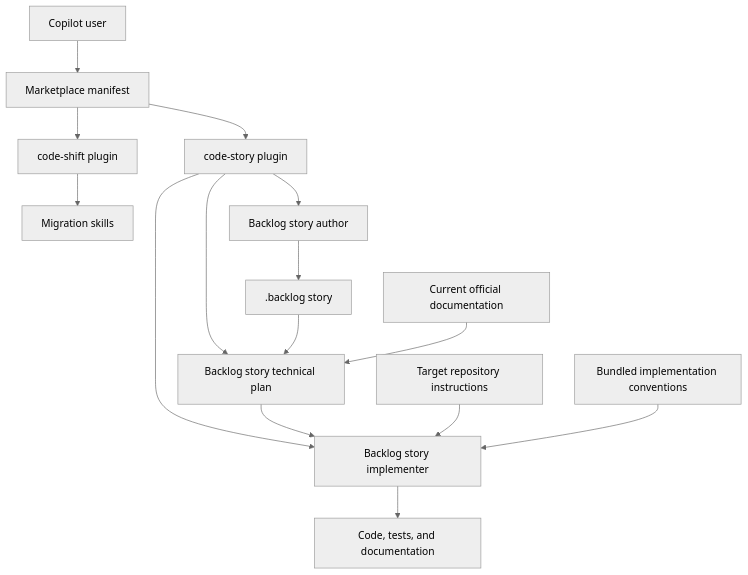
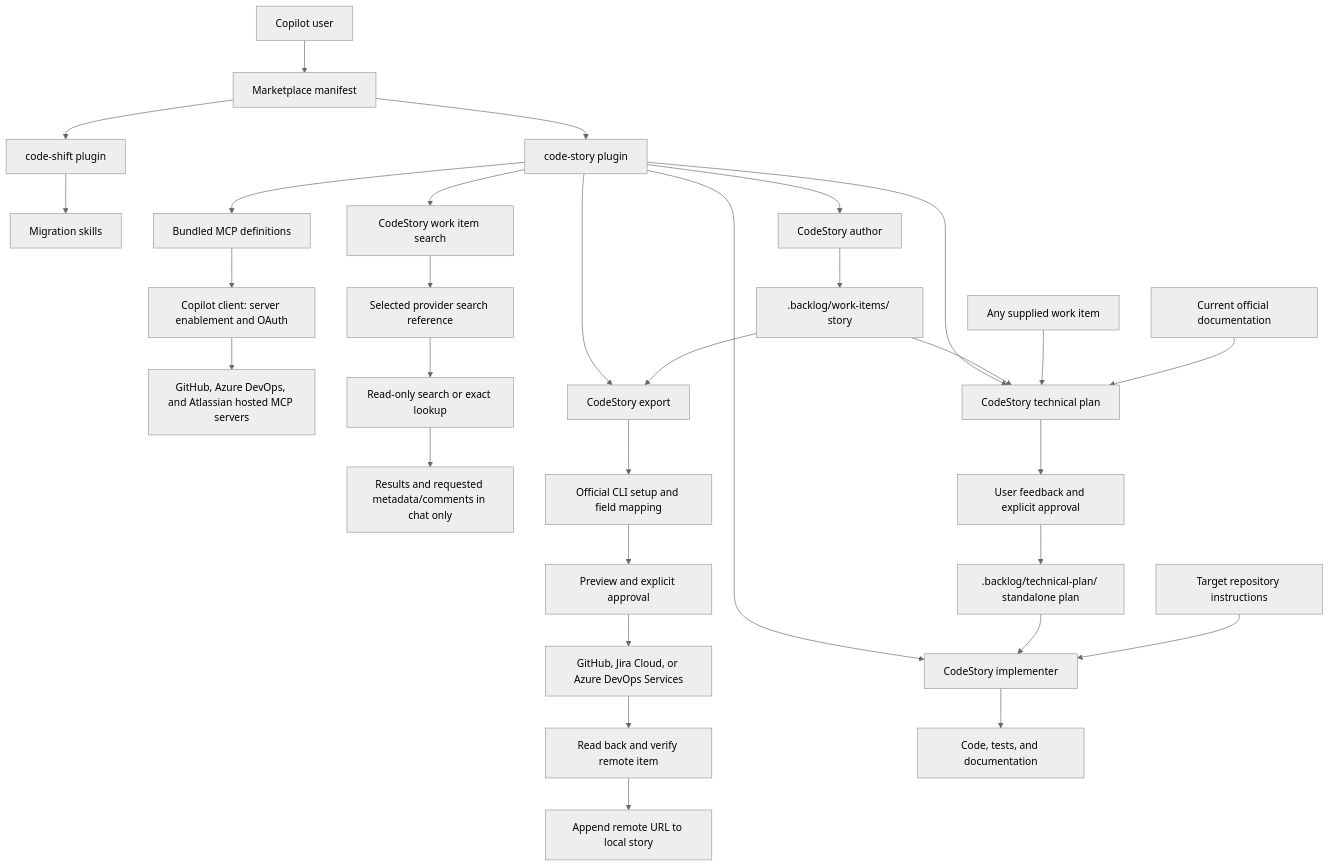
The diagram in architecture.md (krprashantpk/krprashantpk-plugins), drawn with Mermaid (neutral theme) before and after one commit. The commit also changed other lines of this file and 18 other files, not shown here.

Commit message:
Added the instructions and renamed the code-story skills name

````diff
--- a/architecture.md
+++ b/architecture.md
@@ -7,17 +10,33 @@
 ```mermaid
 flowchart TD
     User[Copilot user] --> Marketplace[Marketplace manifest]
     Marketplace --> CodeShift[code-shift plugin]
     Marketplace --> CodeStory[code-story plugin]
     CodeShift --> MigrationSkills[Migration skills]
-    CodeStory --> Author[Backlog story author]
-    CodeStory --> Plan[Backlog story technical plan]
-    CodeStory --> Implement[Backlog story implementer]
-    Author --> Story[.backlog story]
+    CodeStory --> MCP[Bundled MCP definitions]
+    MCP --> Client[Copilot client: server enablement and OAuth]
+    Client --> Hosted[GitHub, Azure DevOps, and Atlassian hosted MCP servers]
+    CodeStory --> Search[CodeStory work item search]
+    Search --> SearchReference[Selected provider search reference]
+    SearchReference --> ReadOnly[Read-only search or exact lookup]
+    ReadOnly --> Chat[Results and requested metadata/comments in chat only]
+    CodeStory --> Author[CodeStory author]
+    CodeStory --> Export[CodeStory export]
+    CodeStory --> Plan[CodeStory technical plan]
+    CodeStory --> Implement[CodeStory implementer]
+    Author --> Story[.backlog/work-items/ story]
+    Story --> Export
+    Export --> Setup[Official CLI setup and field mapping]
+    Setup --> Preview[Preview and explicit approval]
+    Preview --> Provider[GitHub, Jira Cloud, or Azure DevOps Services]
+    Provider --> Verified[Read back and verify remote item]
+    Verified --> Links[Append remote URL to local story]
     Story --> Plan
+    WorkItem[Any supplied work item] --> Plan
     OfficialDocs[Current official documentation] --> Plan
-    Plan --> Implement
+    Plan --> Approval[User feedback and explicit approval]
+    Approval --> PlanFile[.backlog/technical-plan/ standalone plan]
+    PlanFile --> Implement
     RepoRules[Target repository instructions] --> Implement
-    Defaults[Bundled implementation conventions] --> Implement
     Implement --> Code[Code, tests, and documentation]
 ```
````
